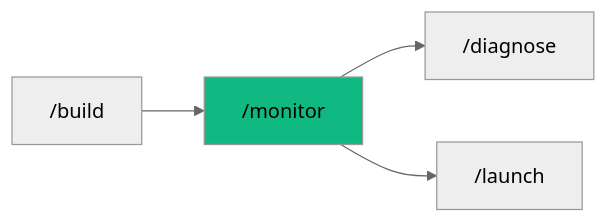
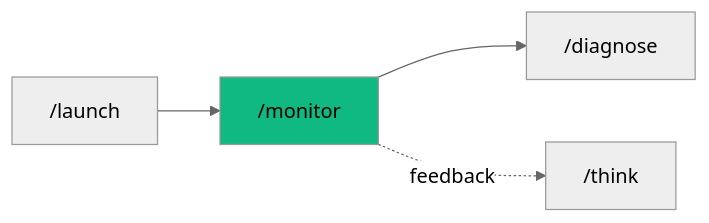
The diagram in .agent/workflows/monitor.md (pikakit/agent-skills), drawn with Mermaid (neutral theme) before and after one commit. The commit also changed other lines of this file and 498 other files, not shown here.

````diff
--- a/.agent/workflows/monitor.md
+++ b/.agent/workflows/monitor.md
@@ -220,7 +230,7 @@
 ```mermaid
 graph LR
-    A["/build"] --> B["/monitor"]
+    A["/launch"] --> B["/monitor"]
     B --> C["/diagnose"]
-    B --> D["/launch"]
+    B -.->|feedback| D["/think"]
     style B fill:#10b981
 ```
````
